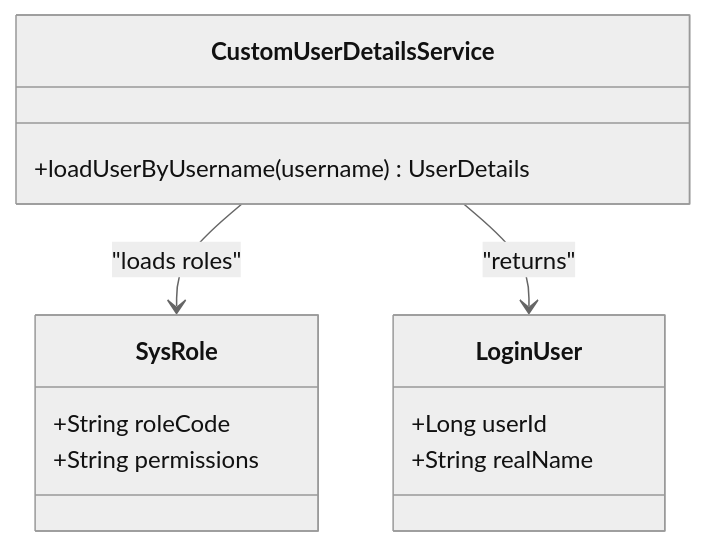
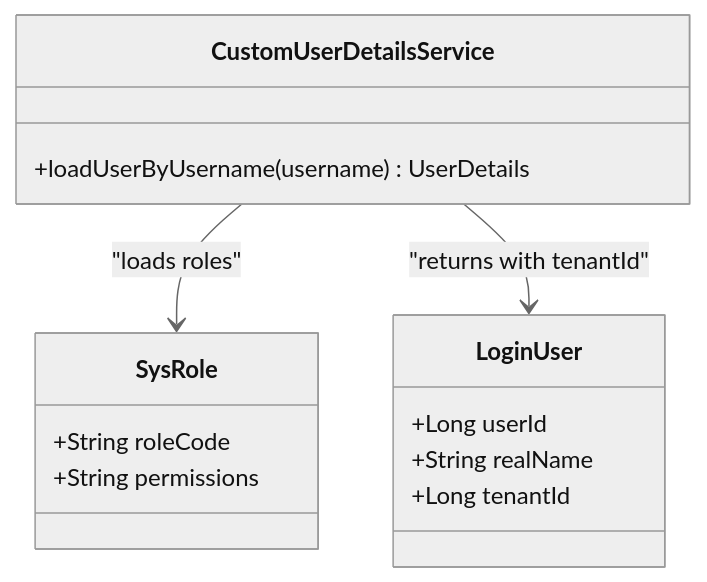
The seventh of 9 diagrams in .qoder/repowiki/en/content/Authentication & Authorization/Authentication & Authorization.md (bo961386926/Survey-App), drawn with Mermaid (neutral theme) before and after one commit. The commit also changed other lines of this file and 18 other files, not shown here.

````diff
--- a/.qoder/repowiki/en/content/Authentication & Authorization/Authentication & Authorization.md
+++ b/.qoder/repowiki/en/content/Authentication & Authorization/Authentication & Authorization.md
@@ -280,16 +344,17 @@
 ```mermaid
 classDiagram
 class CustomUserDetailsService {
 +loadUserByUsername(username) UserDetails
 }
 class LoginUser {
 +Long userId
 +String realName
++Long tenantId
 }
 class SysRole {
 +String roleCode
 +String permissions
 }
 CustomUserDetailsService --> SysRole : "loads roles"
-CustomUserDetailsService --> LoginUser : "returns"
+CustomUserDetailsService --> LoginUser : "returns with tenantId"
 ```
````
